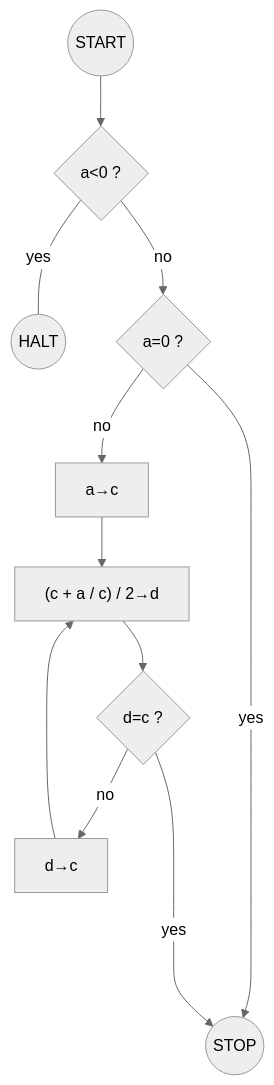
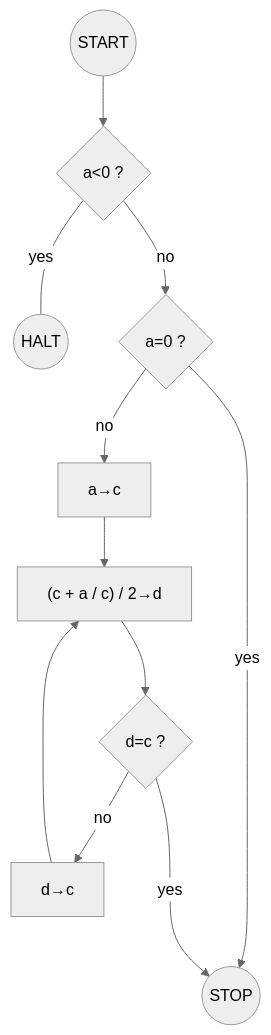
One commit to Ryuji-Hazama/LegacyVsModern changed the diagram in sqrt/README.md. Above: the diagram before and after it, drawn with Mermaid (neutral theme). The commit also changed other lines of this file, not shown here.

Commit message:
README.md update
Move equations to the bottom (not so important in this repository)

````diff
--- a/sqrt/README.md
+++ b/sqrt/README.md
@@ -100,14 +67,14 @@
 ```mermaid
 graph TD;
 
 S(("START"))-->A{"a<0 ?"};
 A--"yes"---H(("HALT"));
 A--"no"-->B{"a=0 ?"};
 B--"yes"-->ST(("STOP"));
 B--"no"-->C["a&rightarrow;c"];
 C-->D["(c + a / c) / 2&rightarrow;d"];
 D-->E{"d=c ?"};
 F["d&rightarrow;c"]-->D;
 E--"no"-->F;
-E--"yes"---->ST;
+E--"yes"--->ST;
 ```
````
